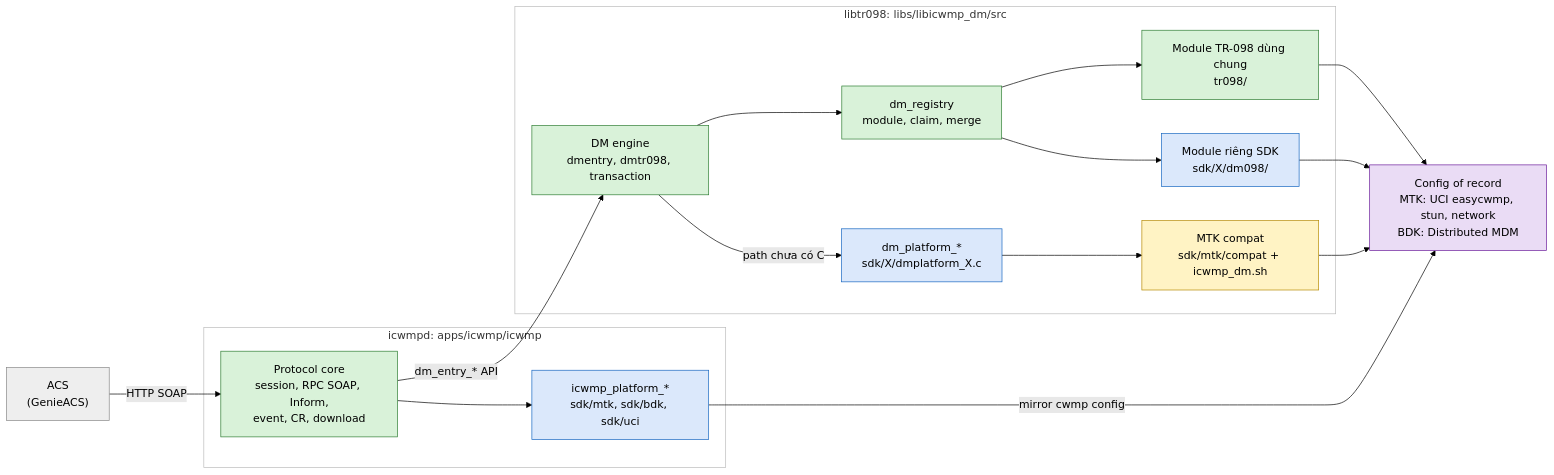
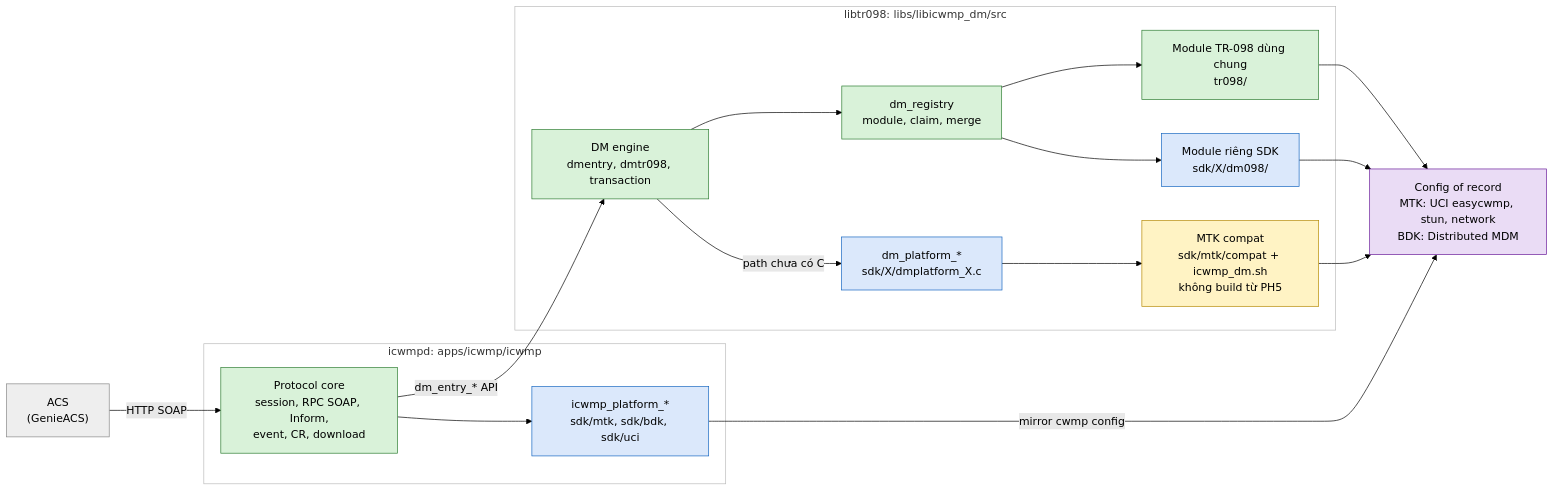
The first of 4 diagrams in docs/handover/icwmp_architecture_guide.md (tunguyenvanbn94/icwmpMultiSdk), drawn with Mermaid (forest theme) before and after one commit. The commit also changed other lines of this file, not shown here.

Commit message:
docs: architecture guide after PH5 (compat not built since 0103)

````diff
--- a/docs/handover/icwmp_architecture_guide.md
+++ b/docs/handover/icwmp_architecture_guide.md
@@ -19,41 +19,41 @@
 ```mermaid
 flowchart LR
     ACS["ACS<br/>(GenieACS)"]
     subgraph APP["icwmpd: apps/icwmp/icwmp"]
         CORE["Protocol core<br/>session, RPC SOAP, Inform,<br/>event, CR, download"]
         AHOOK["icwmp_platform_*<br/>sdk/mtk, sdk/bdk, sdk/uci"]
     end
     subgraph LIB["libtr098: libs/libicwmp_dm/src"]
         ENG["DM engine<br/>dmentry, dmtr098, transaction"]
         REG["dm_registry<br/>module, claim, merge"]
         PORT["Module TR-098 dùng chung<br/>tr098/"]
         NAT["Module riêng SDK<br/>sdk/X/dm098/"]
         LHOOK["dm_platform_*<br/>sdk/X/dmplatform_X.c"]
-        COMPAT["MTK compat<br/>sdk/mtk/compat + icwmp_dm.sh"]
+        COMPAT["MTK compat<br/>sdk/mtk/compat + icwmp_dm.sh<br/>không build từ PH5"]
     end
     STORE["Config of record<br/>MTK: UCI easycwmp, stun, network<br/>BDK: Distributed MDM"]
     ACS -- "HTTP SOAP" --> CORE
     CORE -- "dm_entry_* API" --> ENG
     CORE --> AHOOK
     ENG --> REG
     REG --> PORT
     REG --> NAT
     ENG -- "path chưa có C" --> LHOOK
     LHOOK --> COMPAT
     PORT --> STORE
     NAT --> STORE
     COMPAT --> STORE
     AHOOK -- "mirror cwmp config" --> STORE
     style APP fill:#ffffff,stroke:#bbbbbb
     style LIB fill:#ffffff,stroke:#bbbbbb
     style CORE fill:#d9f2d9,stroke:#2e7d32
     style ENG fill:#d9f2d9,stroke:#2e7d32
     style REG fill:#d9f2d9,stroke:#2e7d32
     style PORT fill:#d9f2d9,stroke:#2e7d32
     style AHOOK fill:#dbe8fb,stroke:#1565c0
     style NAT fill:#dbe8fb,stroke:#1565c0
     style LHOOK fill:#dbe8fb,stroke:#1565c0
     style COMPAT fill:#fff3c4,stroke:#b58900
     style STORE fill:#eadcf5,stroke:#6a1b9a
     style ACS fill:#eeeeee,stroke:#888888
 ```
````
